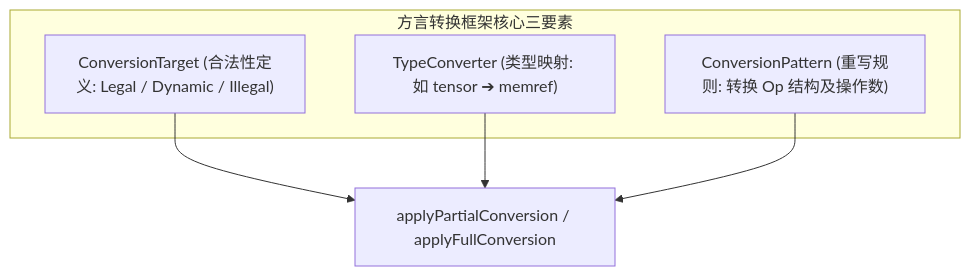
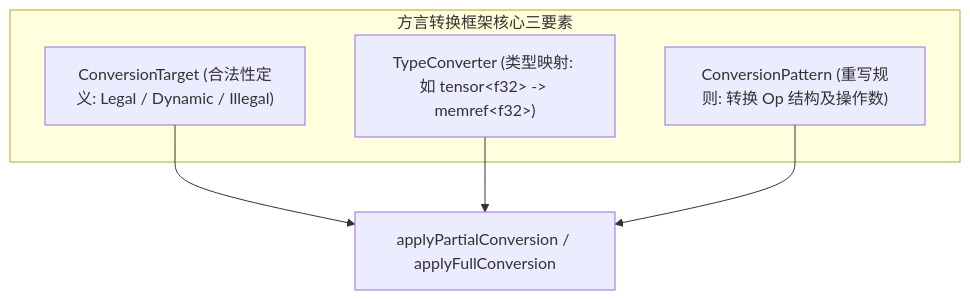
One commit to hsthanb4/hpclearning changed the first of 2 diagrams in mlir/lesson05_conversion.qmd. Above: the diagram before and after it, drawn with Mermaid. The commit also changed 17 other files, not shown here.

Commit message:
fix(docs): switch to native MathML, resolve Mermaid syntax errors, and fix broken internal links across all courses

````diff
--- a/mlir/lesson05_conversion.qmd
+++ b/mlir/lesson05_conversion.qmd
@@ -39,9 +39,9 @@
 ```{mermaid}
 flowchart TD
     subgraph ConversionFramework["方言转换框架核心三要素"]
         Target["ConversionTarget (合法性定义: Legal / Dynamic / Illegal)"]
-        TypeConv["TypeConverter (类型映射: 如 tensor<f32> ➔ memref<f32>)"]
+        TypeConv["TypeConverter (类型映射: 如 tensor&lt;f32&gt; -> memref&lt;f32&gt;)"]
         Patterns["ConversionPattern (重写规则: 转换 Op 结构及操作数)"]
     end
     Target & TypeConv & Patterns --> Engine["applyPartialConversion / applyFullConversion"]
 ```
````
